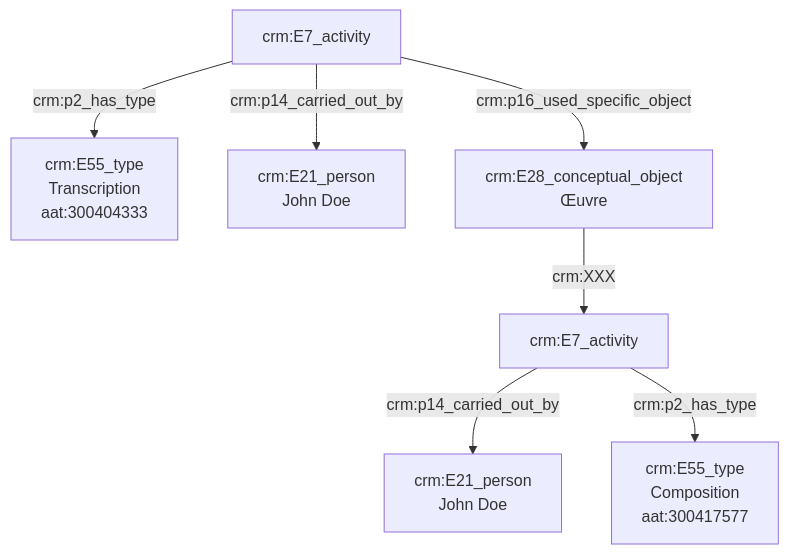
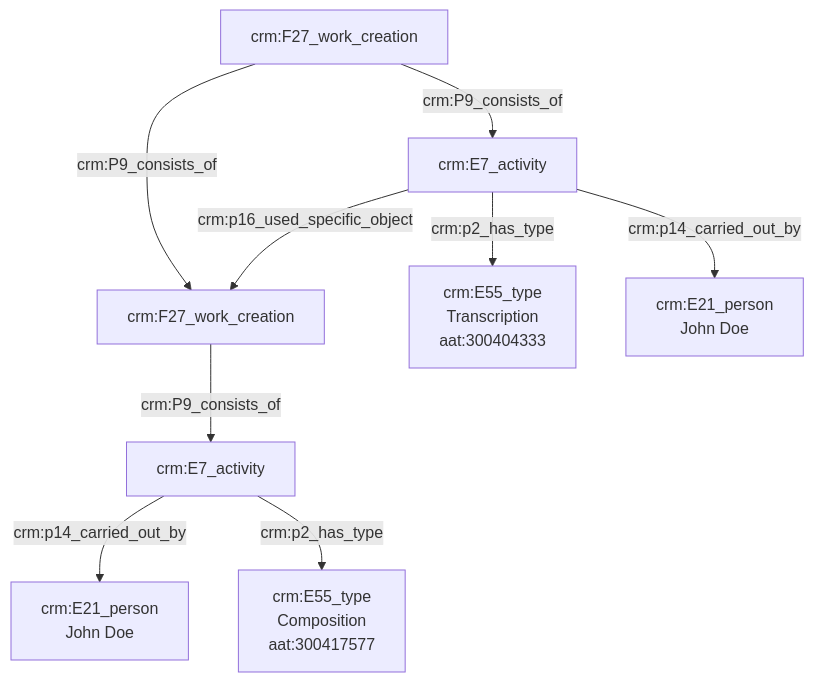
The diagram in modules/livrables/Dossier 2/Indexation conceptuelle/transcription d'une œuvre.md (Amleth/consortium-musica2-gt2-ontologies), drawn with Mermaid before and after one commit.

Commit message:
Update transcription d'une œuvre.md

````diff
--- a/modules/livrables/Dossier 2/Indexation conceptuelle/transcription d'une œuvre.md
+++ b/modules/livrables/Dossier 2/Indexation conceptuelle/transcription d'une œuvre.md
@@ -12,13 +12,17 @@
 ```mermaid
 graph TD;
 
+H[crm:F27_work_creation] --> |crm:P9_consists_of| A[crm:E7_activity]
+H[crm:F27_work_creation] --> |crm:P9_consists_of| D[crm:F27_work_creation]
+
 A[crm:E7_activity] --> |crm:p2_has_type| B[crm:E55_type<br>Transcription<br>aat:300404333]
 A[crm:E7_activity] --> |crm:p14_carried_out_by| C[crm:E21_person<br>John Doe]
-A[crm:E7_activity] --> |crm:p16_used_specific_object| D[crm:E28_conceptual_object<br>Œuvre]
+A[crm:E7_activity] --> |crm:p16_used_specific_object| D[crm:F27_work_creation]
+
 
 
 E[crm:E7_activity] --> |crm:p14_carried_out_by| F[crm:E21_person<br>John Doe]
 E[crm:E7_activity] --> |crm:p2_has_type| G[crm:E55_type<br>Composition<br>aat:300417577]
-D[crm:E28_conceptual_object<br>Œuvre]  --> |crm:XXX| E[crm:E7_activity]
+D[crm:F27_work_creation]  --> |crm:P9_consists_of| E[crm:E7_activity]
 
 ```
````
